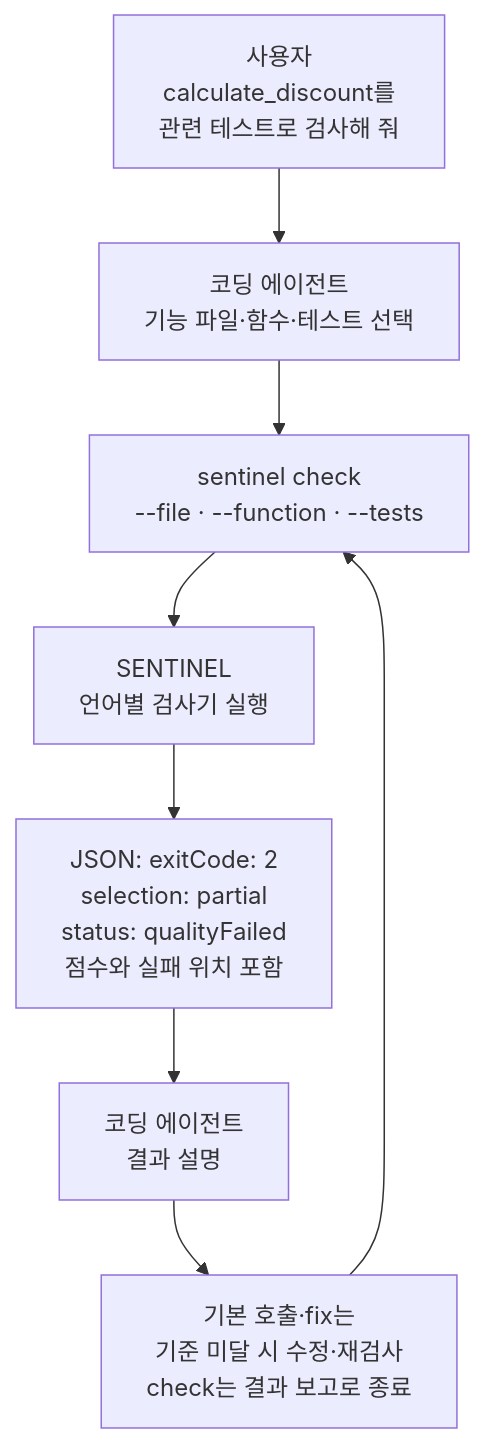
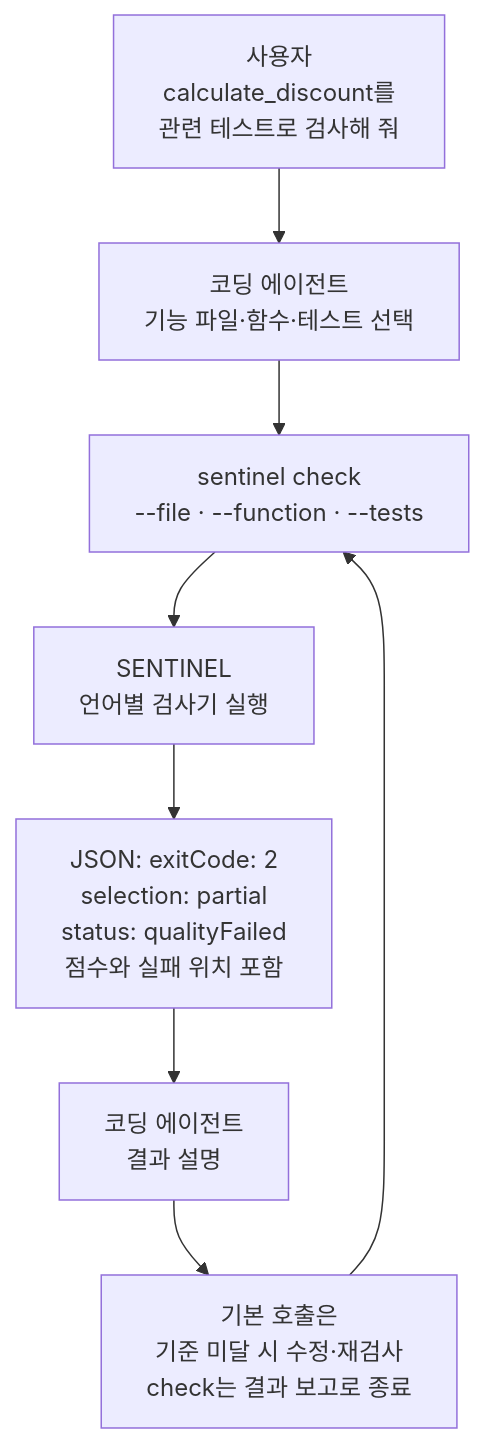
One commit to hwain-ai/SENTINEL changed the diagram in README.md. Above: the diagram before and after it, drawn with Mermaid. The commit also changed other lines of this file and 14 other files, not shown here.

````diff
--- a/README.md
+++ b/README.md
@@ -30,12 +30,12 @@
 ```mermaid
 flowchart TD
     U["사용자<br/>calculate_discount를<br/>관련 테스트로 검사해 줘"]
     A["코딩 에이전트<br/>기능 파일·함수·테스트 선택"]
     C["sentinel check<br/>--file · --function · --tests"]
     S["SENTINEL<br/>언어별 검사기 실행"]
     J["JSON: exitCode: 2<br/>selection: partial<br/>status: qualityFailed<br/>점수와 실패 위치 포함"]
     R["코딩 에이전트<br/>결과 설명"]
-    F["기본 호출·fix는<br/>기준 미달 시 수정·재검사<br/>check는 결과 보고로 종료"]
+    F["기본 호출은<br/>기준 미달 시 수정·재검사<br/>check는 결과 보고로 종료"]
     U --> A --> C --> S --> J --> R
     R --> F --> C
 ```
````
